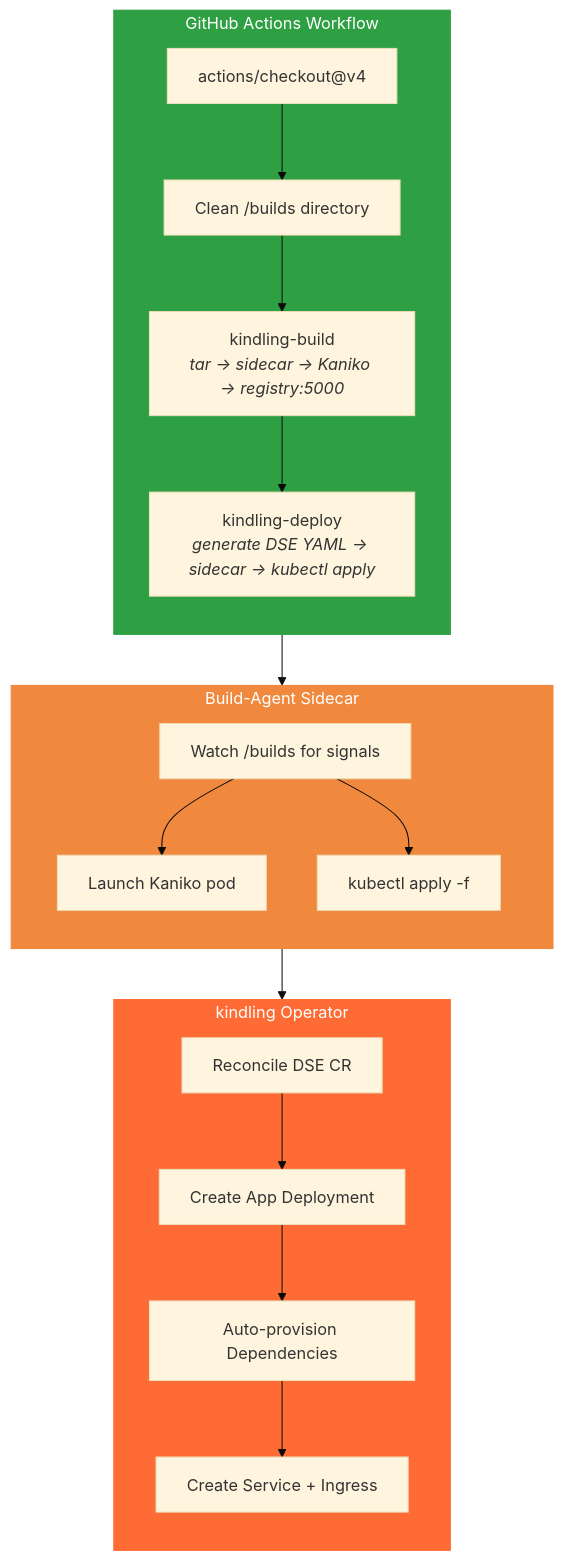
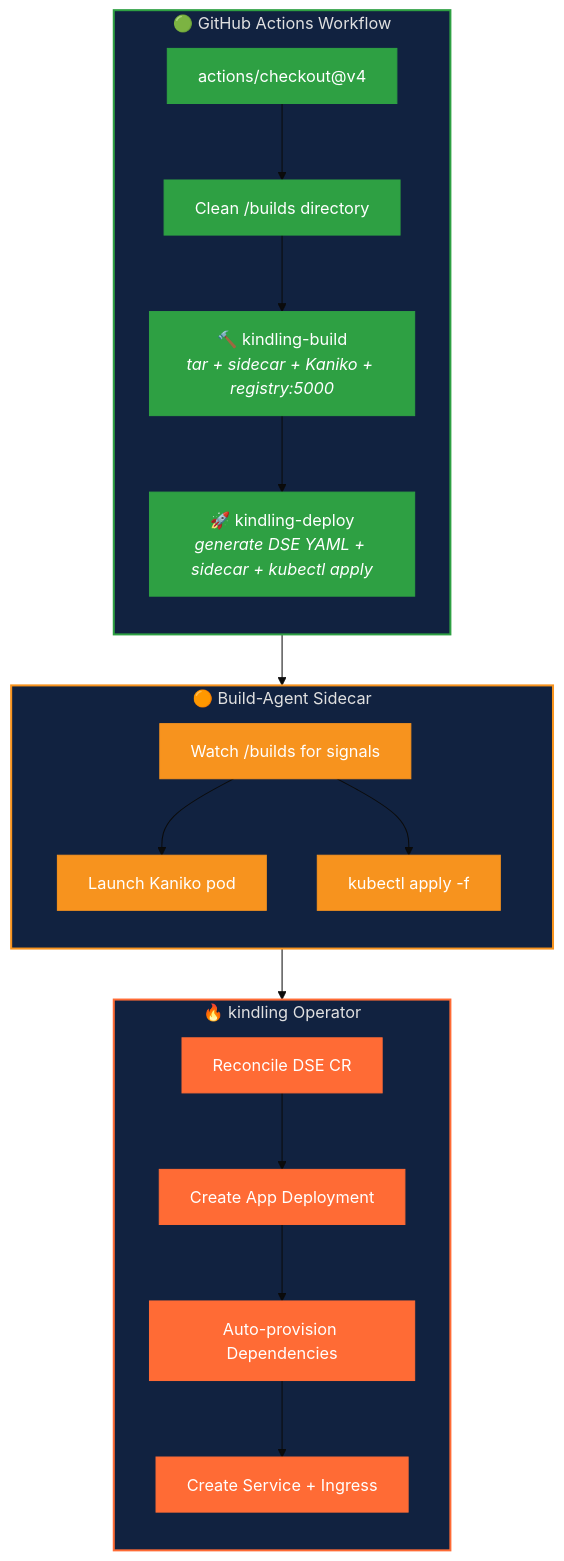
The third of 3 diagrams in README.md (kindling-sh/kindling), drawn with Mermaid (base theme) before and after one commit. The commit also changed other lines of this file and 4 other files, not shown here.

First line of the commit message:
fix: broken architecture diagram (reserved 'default' keyword), improve diagram branding

````diff
--- a/README.md
+++ b/README.md
@@ -681,35 +681,46 @@
 ```mermaid
 flowchart TB
-    subgraph workflow["GitHub Actions Workflow"]
+    subgraph workflow["🟢 GitHub Actions Workflow"]
         direction TB
         checkout["actions/checkout@v4"]
         clean["Clean /builds directory"]
-        build["kindling-build\n<i>tar → sidecar → Kaniko → registry:5000</i>"]
-        deploy["kindling-deploy\n<i>generate DSE YAML → sidecar → kubectl apply</i>"]
+        build["🔨 kindling-build\n<i>tar + sidecar + Kaniko + registry:5000</i>"]
+        deploy["🚀 kindling-deploy\n<i>generate DSE YAML + sidecar + kubectl apply</i>"]
         checkout --> clean --> build --> deploy
     end
 
-    subgraph sidecar["Build-Agent Sidecar"]
+    subgraph sidecar["🟠 Build-Agent Sidecar"]
         direction TB
         watch["Watch /builds for signals"]
         kaniko["Launch Kaniko pod"]
         apply["kubectl apply -f"]
         watch --> kaniko
         watch --> apply
     end
 
-    subgraph operator["kindling Operator"]
+    subgraph operator["🔥 kindling Operator"]
         direction TB
         reconcile["Reconcile DSE CR"]
         app_dep["Create App Deployment"]
         deps["Auto-provision Dependencies"]
         svc["Create Service + Ingress"]
         reconcile --> app_dep --> deps --> svc
     end
 
     workflow --> sidecar --> operator
 
-    style workflow fill:#2ea043,stroke:#2ea043,color:#fff
-    style sidecar fill:#f0883e,stroke:#f0883e,color:#fff
-    style operator fill:#FF6B35,stroke:#FF6B35,color:#fff
+    style workflow fill:#112240,stroke:#2ea043,color:#e0e0e0,stroke-width:2px
+    style sidecar fill:#112240,stroke:#F7931E,color:#e0e0e0,stroke-width:2px
+    style operator fill:#112240,stroke:#FF6B35,color:#e0e0e0,stroke-width:2px
+    style checkout fill:#2ea043,stroke:#2ea043,color:#fff
+    style clean fill:#2ea043,stroke:#2ea043,color:#fff
+    style build fill:#2ea043,stroke:#2ea043,color:#fff
+    style deploy fill:#2ea043,stroke:#2ea043,color:#fff
+    style watch fill:#F7931E,stroke:#F7931E,color:#fff
+    style kaniko fill:#F7931E,stroke:#F7931E,color:#fff
+    style apply fill:#F7931E,stroke:#F7931E,color:#fff
+    style reconcile fill:#FF6B35,stroke:#FF6B35,color:#fff
+    style app_dep fill:#FF6B35,stroke:#FF6B35,color:#fff
+    style deps fill:#FF6B35,stroke:#FF6B35,color:#fff
+    style svc fill:#FF6B35,stroke:#FF6B35,color:#fff
 ```
````
